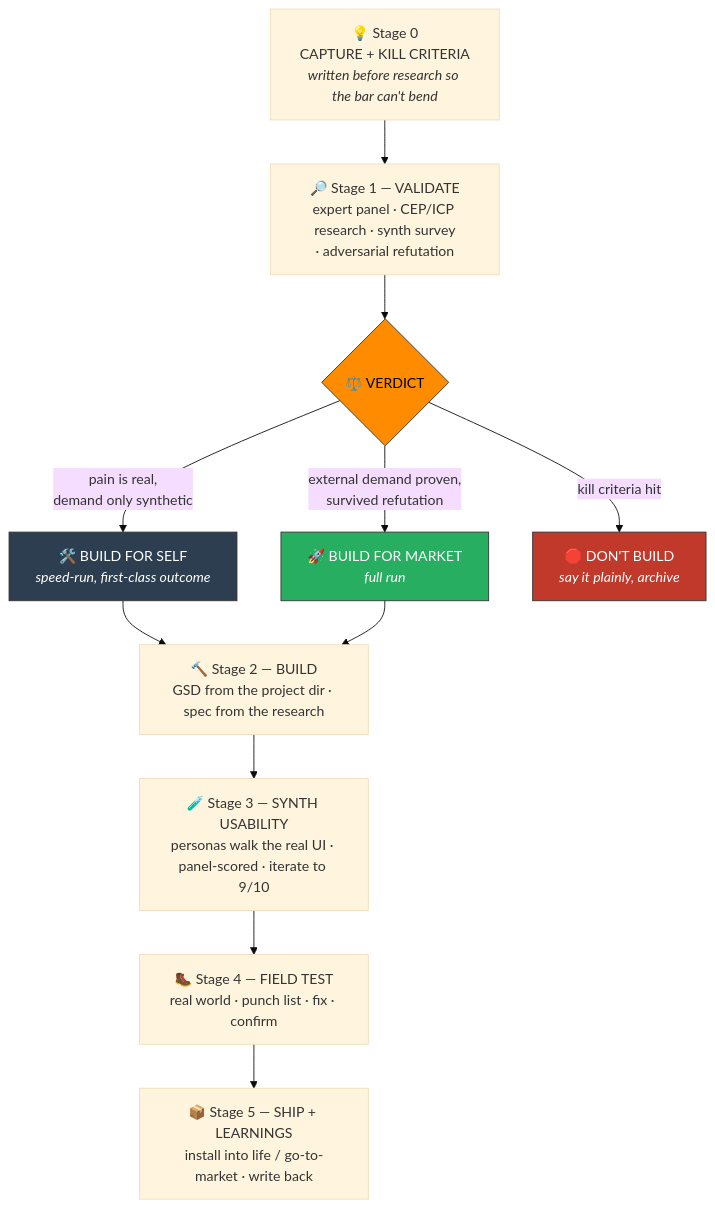
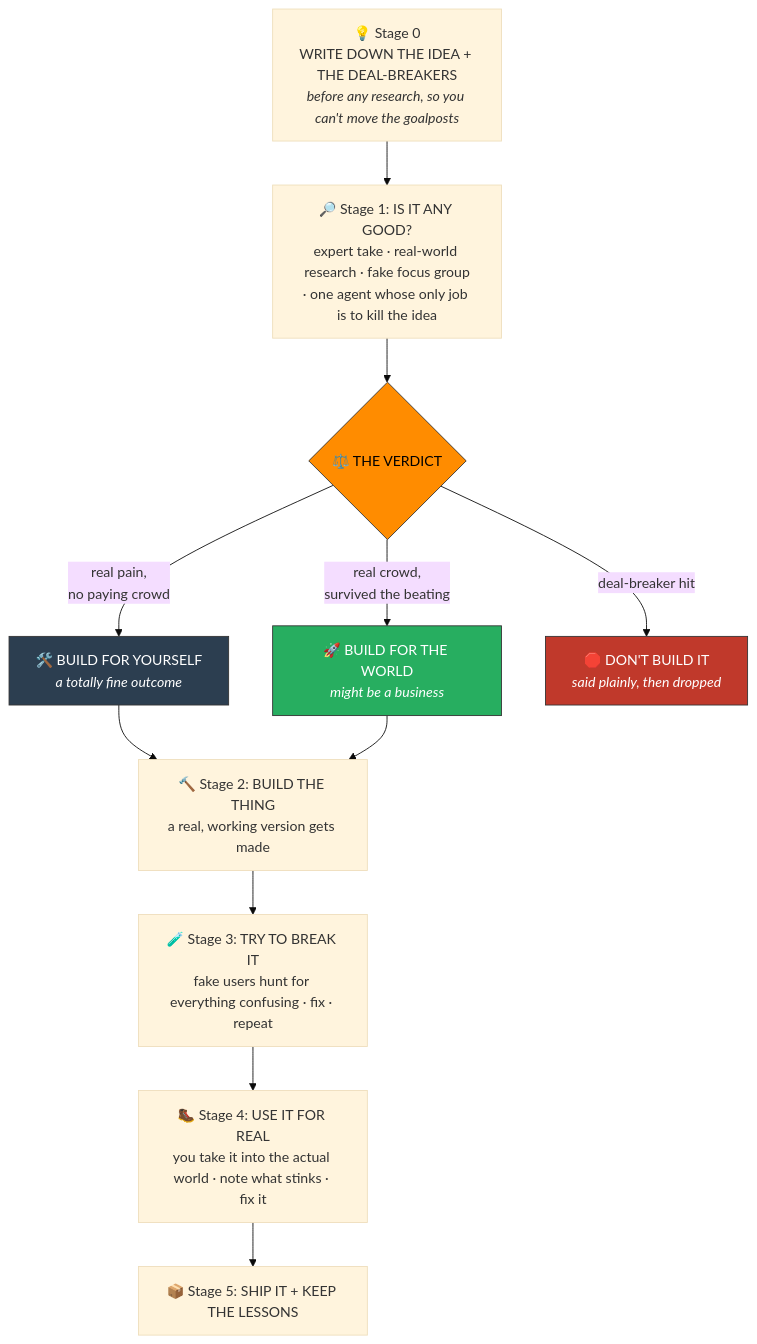
One commit to AdamGarceau/forge changed the diagram in README.md. Above: the diagram before and after it, drawn with Mermaid (base theme). The commit also changed other lines of this file, not shown here.

First line of the commit message:
Rewrite README voice: plain, funny, non-coder-first + a builders section

````diff
--- a/README.md
+++ b/README.md
@@ -44,20 +75,20 @@
 ```mermaid
 flowchart TD
-    A["💡 Stage 0<br/>CAPTURE + KILL CRITERIA<br/><i>written before research so the bar can't bend</i>"] --> B
-    B["🔎 Stage 1 — VALIDATE<br/>expert panel · CEP/ICP research · synth survey<br/>· adversarial refutation"]
-    B --> V{"⚖️ VERDICT"}
-    V -->|"pain is real,<br/>demand only synthetic"| SELF["🛠️ BUILD FOR SELF<br/><i>speed-run, first-class outcome</i>"]
-    V -->|"external demand proven,<br/>survived refutation"| MKT["🚀 BUILD FOR MARKET<br/><i>full run</i>"]
-    V -->|"kill criteria hit"| STOP["🛑 DON'T BUILD<br/><i>say it plainly, archive</i>"]
+    A["💡 Stage 0<br/>WRITE DOWN THE IDEA + THE DEAL-BREAKERS<br/><i>before any research, so you can't move the goalposts</i>"] --> B
+    B["🔎 Stage 1: IS IT ANY GOOD?<br/>expert take · real-world research · fake focus group<br/>· one agent whose only job is to kill the idea"]
+    B --> V{"⚖️ THE VERDICT"}
+    V -->|"real pain,<br/>no paying crowd"| SELF["🛠️ BUILD FOR YOURSELF<br/><i>a totally fine outcome</i>"]
+    V -->|"real crowd,<br/>survived the beating"| MKT["🚀 BUILD FOR THE WORLD<br/><i>might be a business</i>"]
+    V -->|"deal-breaker hit"| STOP["🛑 DON'T BUILD IT<br/><i>said plainly, then dropped</i>"]
     SELF --> C
     MKT --> C
-    C["🔨 Stage 2 — BUILD<br/>GSD from the project dir · spec from the research"]
-    C --> D["🧪 Stage 3 — SYNTH USABILITY<br/>personas walk the real UI · panel-scored · iterate to 9/10"]
-    D --> E["🥾 Stage 4 — FIELD TEST<br/>real world · punch list · fix · confirm"]
-    E --> F["📦 Stage 5 — SHIP + LEARNINGS<br/>install into life / go-to-market · write back"]
+    C["🔨 Stage 2: BUILD THE THING<br/>a real, working version gets made"]
+    C --> D["🧪 Stage 3: TRY TO BREAK IT<br/>fake users hunt for everything confusing · fix · repeat"]
+    D --> E["🥾 Stage 4: USE IT FOR REAL<br/>you take it into the actual world · note what stinks · fix it"]
+    E --> F["📦 Stage 5: SHIP IT + KEEP THE LESSONS"]
 
     style V fill:#ff8c00,stroke:#333,color:#000
     style STOP fill:#c0392b,stroke:#333,color:#fff
     style SELF fill:#2c3e50,stroke:#333,color:#fff
     style MKT fill:#27ae60,stroke:#333,color:#fff
 ```
````
